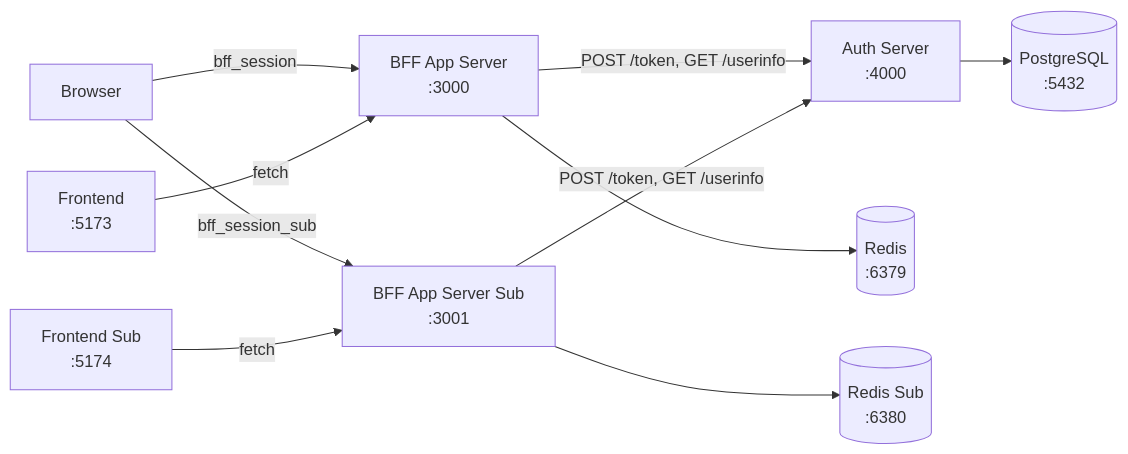
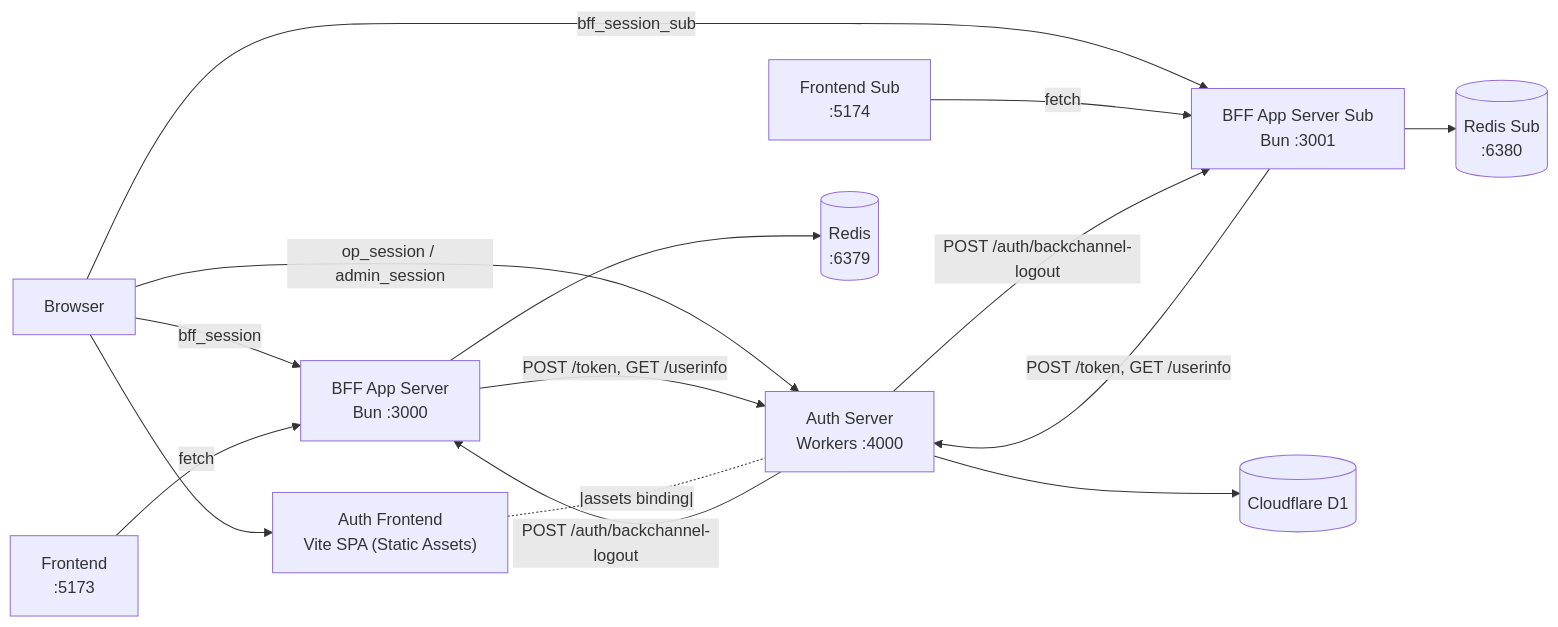
Before and after one commit to hanacus87/auth-parts: the diagram in README.md, drawn with Mermaid. The commit also changed other lines of this file and 122 other files, not shown here.

````diff
--- a/README.md
+++ b/README.md
@@ -22,22 +26,28 @@
 ```mermaid
 graph LR
   Browser["Browser"]
   FE["Frontend<br/>:5173"]
   FE2["Frontend Sub<br/>:5174"]
-  BFF["BFF App Server<br/>:3000"]
-  BFF2["BFF App Server Sub<br/>:3001"]
-  Auth["Auth Server<br/>:4000"]
-  DB[("PostgreSQL<br/>:5432")]
+  BFF["BFF App Server<br/>Bun :3000"]
+  BFF2["BFF App Server Sub<br/>Bun :3001"]
+  Auth["Auth Server<br/>Workers :4000"]
+  AuthUI["Auth Frontend<br/>Vite SPA (Static Assets)"]
+  D1[("Cloudflare D1")]
   R1[("Redis<br/>:6379")]
   R2[("Redis Sub<br/>:6380")]
 
   Browser -->|bff_session| BFF
   Browser -->|bff_session_sub| BFF2
+  Browser -->|op_session / admin_session| Auth
+  Browser --> AuthUI
   FE -->|fetch| BFF
   FE2 -->|fetch| BFF2
   BFF --> R1
   BFF2 --> R2
   BFF -->|POST /token, GET /userinfo| Auth
   BFF2 -->|POST /token, GET /userinfo| Auth
-  Auth --> DB
+  Auth -->|POST /auth/backchannel-logout| BFF
+  Auth -->|POST /auth/backchannel-logout| BFF2
+  Auth --> D1
+  AuthUI -.|assets binding|.- Auth
 ```
````
